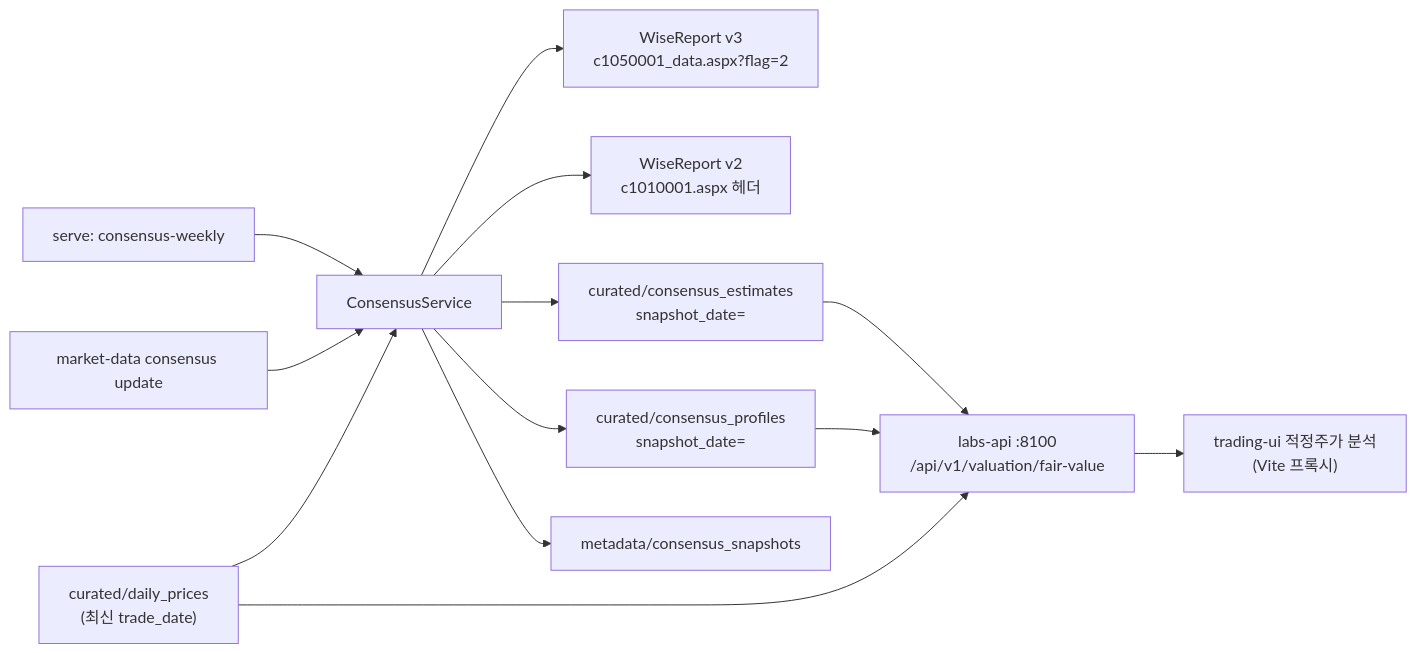
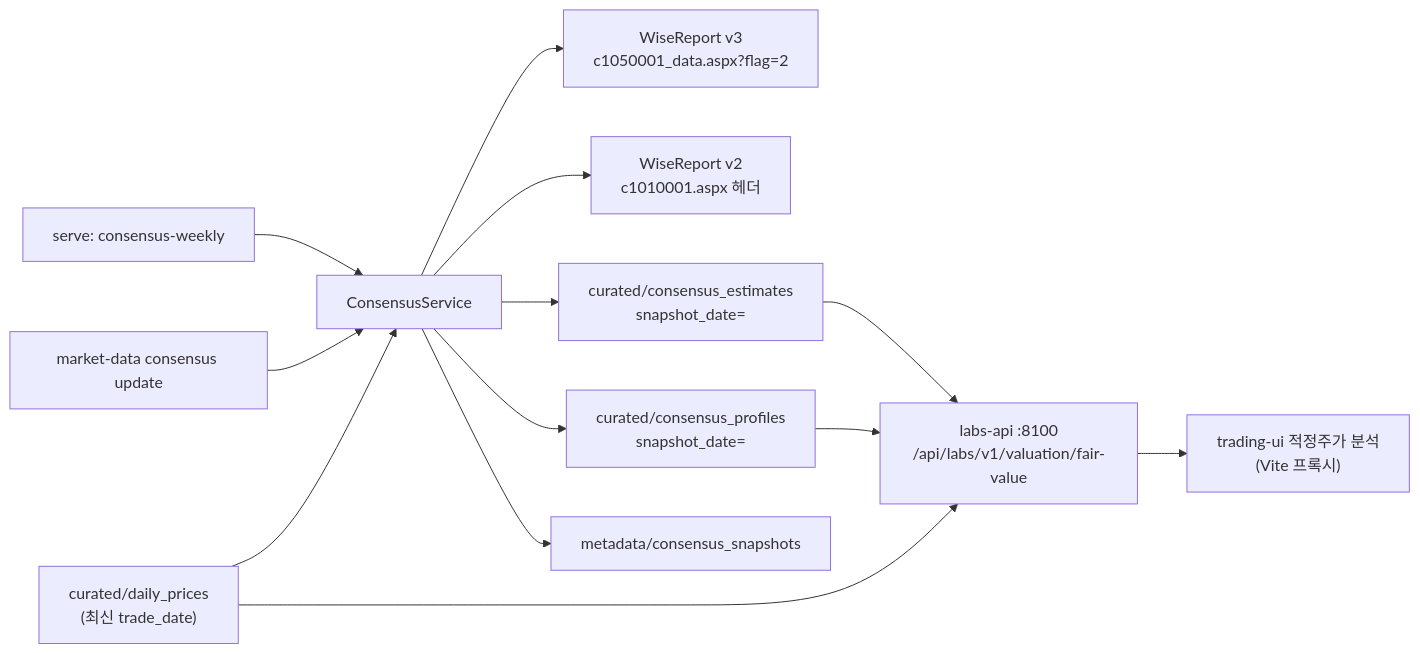
One commit to twilight4j/trading-labs changed the diagram in docs/valuation.md. Above: the diagram before and after it, drawn with Mermaid. The commit also changed other lines of this file and 9 other files, not shown here.

First line of the commit message:
labs API — 토큰 인증과 /api/labs/v1 경로, 휴장일 시총 건너뛰기 (JAE-131)

````diff
--- a/docs/valuation.md
+++ b/docs/valuation.md
@@ -16,15 +16,15 @@
 ```mermaid
 flowchart LR
   Cron["serve: consensus-weekly"] --> Svc["ConsensusService"]
   CLI["market-data consensus update"] --> Svc
   Prices["curated/daily_prices\n(최신 trade_date)"] --> Svc
   Svc --> V3["WiseReport v3\nc1050001_data.aspx?flag=2"]
   Svc --> V2["WiseReport v2\nc1010001.aspx 헤더"]
   Svc --> Est["curated/consensus_estimates\nsnapshot_date="]
   Svc --> Prof["curated/consensus_profiles\nsnapshot_date="]
   Svc --> Manifest["metadata/consensus_snapshots"]
-  Est --> API["labs-api :8100\n/api/v1/valuation/fair-value"]
+  Est --> API["labs-api :8100\n/api/labs/v1/valuation/fair-value"]
   Prof --> API
   Prices --> API
   API --> UI["trading-ui 적정주가 분석\n(Vite 프록시)"]
 ```
````
